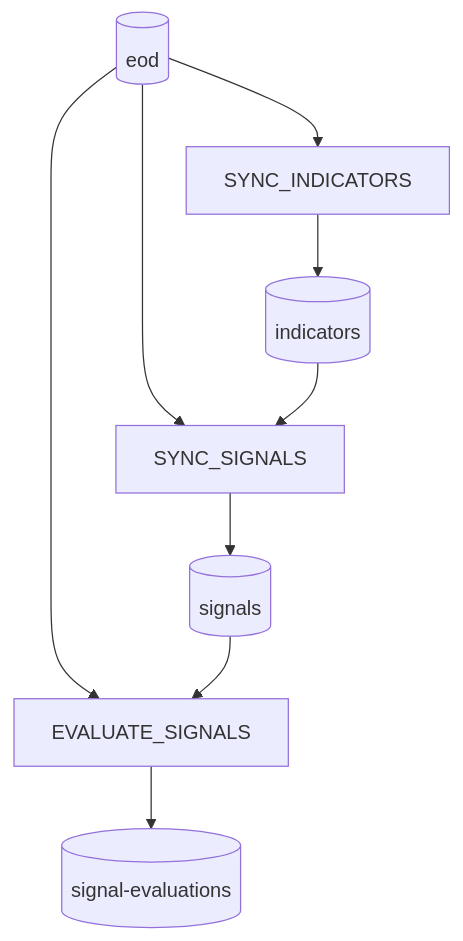
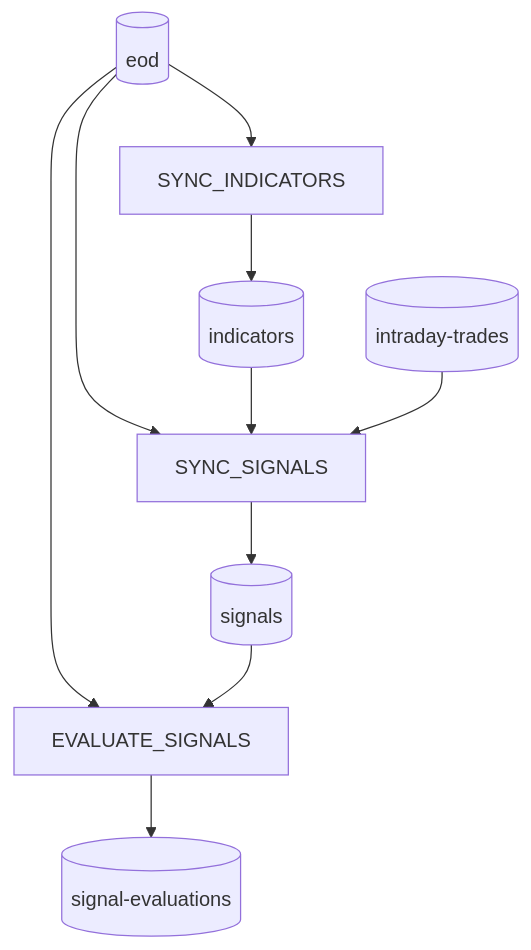
One commit to tanlocit9/omni changed the second of 3 diagrams in docs/flows/003-indicator-signal.md. Above: the diagram before and after it, drawn with Mermaid. The commit also changed other lines of this file and 58 other files, not shown here.

````diff
--- a/docs/flows/003-indicator-signal.md
+++ b/docs/flows/003-indicator-signal.md
@@ -103,11 +106,12 @@
 ```mermaid
 flowchart TD
   EOD[(eod)] --> SyncIndicators["SYNC_INDICATORS"]
   SyncIndicators --> Indicators[(indicators)]
   EOD --> SyncSignals["SYNC_SIGNALS"]
   Indicators --> SyncSignals
+  Intraday[(intraday-trades)] --> SyncSignals
   SyncSignals --> Signals[(signals)]
   EOD --> EvaluateSignals["EVALUATE_SIGNALS"]
   Signals --> EvaluateSignals
   EvaluateSignals --> SignalEvaluations[(signal-evaluations)]
 ```
````
